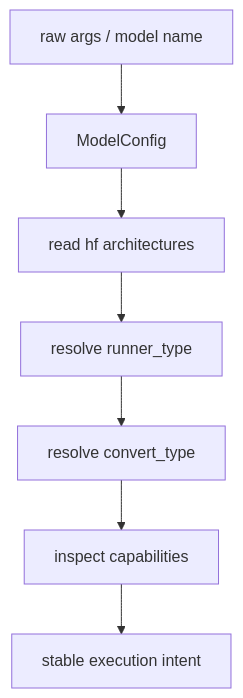
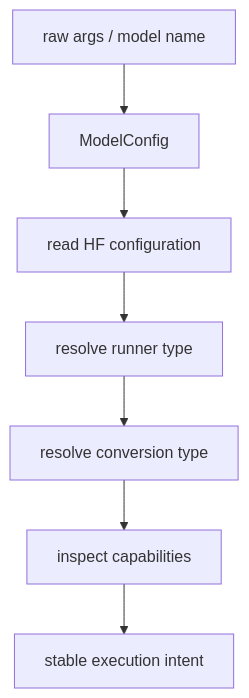
Before and after one commit to arganzheng/arganzheng.github.com: diagram 19 of 32 in _posts/2026-08-15-deep-dive-into-vllm.md, drawn with Mermaid. The commit also changed other lines of this file, not shown here.

````diff
--- a/_posts/2026-08-15-deep-dive-into-vllm.md
+++ b/_posts/2026-08-15-deep-dive-into-vllm.md
@@ -6438,9 +6497,9 @@
 ```mermaid
 flowchart TD
     A[raw args / model name] --> B[ModelConfig]
-    B --> C[read hf architectures]
-    C --> D[resolve runner_type]
-    D --> E[resolve convert_type]
+    B --> C[read HF configuration]
+    C --> D[resolve runner type]
+    D --> E[resolve conversion type]
     E --> F[inspect capabilities]
     F --> G[stable execution intent]
 ```
````
